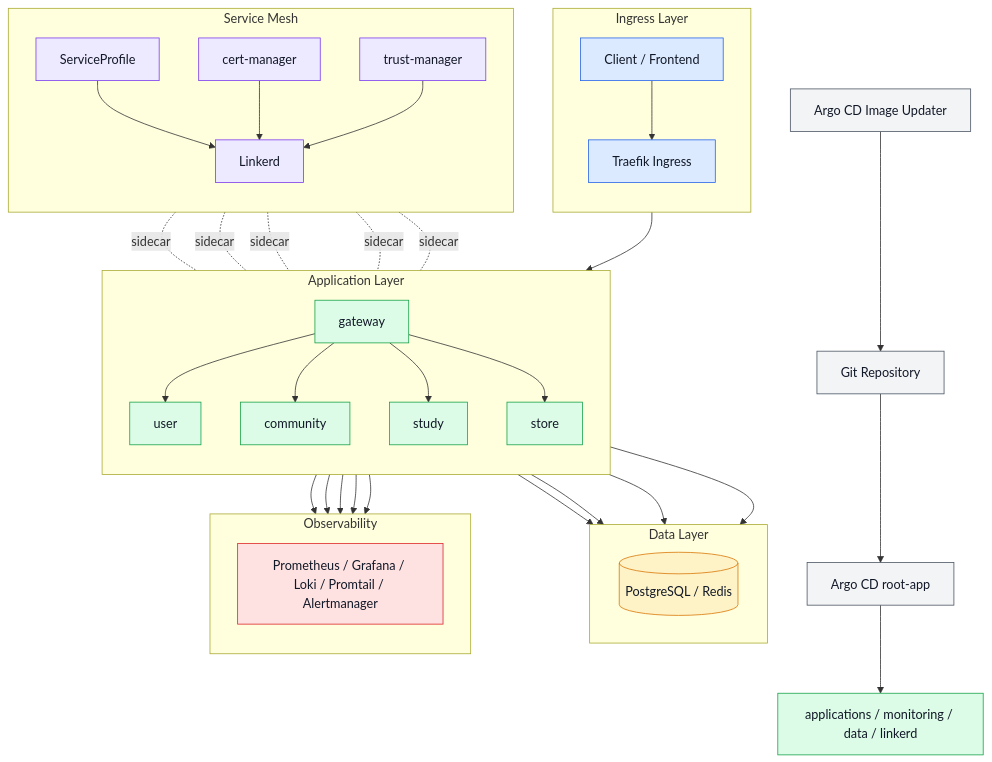
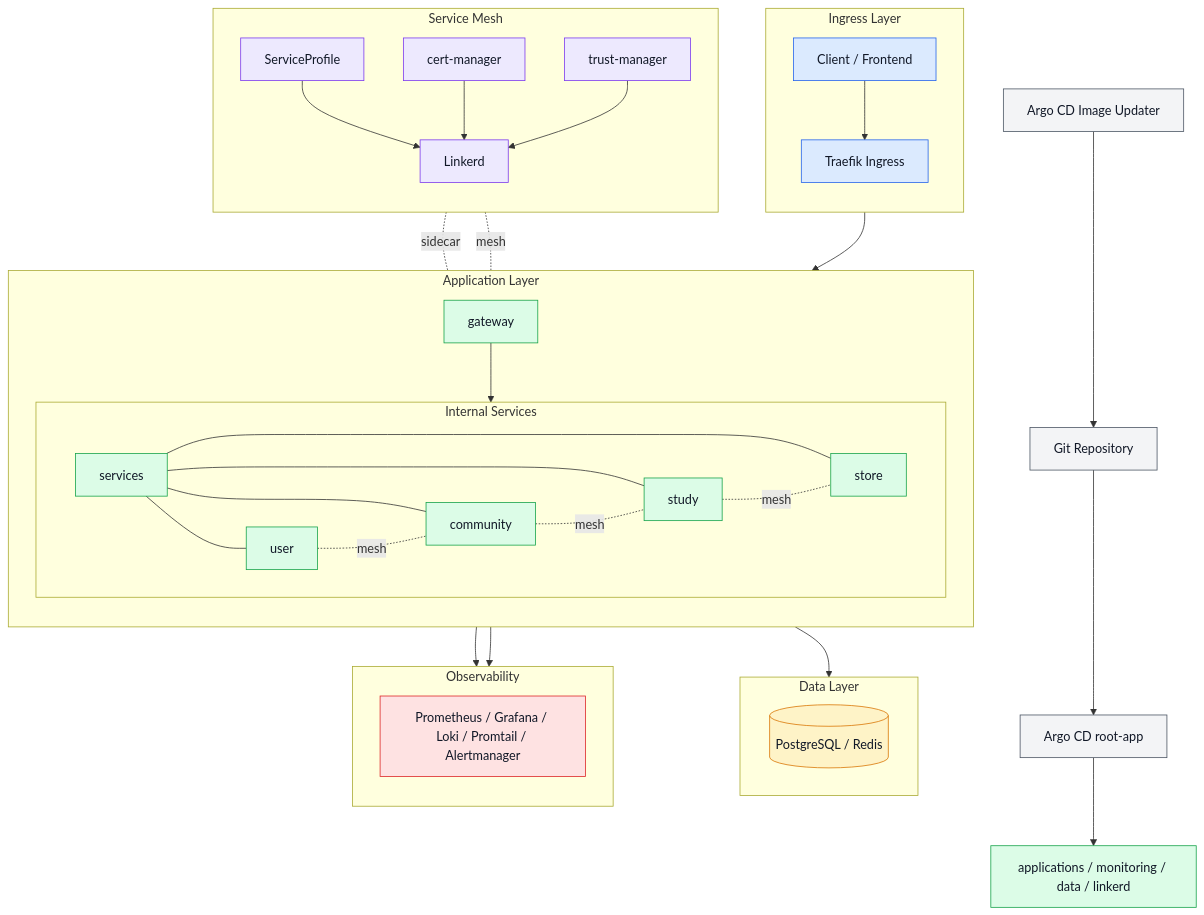
One commit to checkMateit/checkmate-kubernetes changed the diagram in README.md. Above: the diagram before and after it, drawn with Mermaid.

```diff
--- a/README.md
+++ b/README.md
@@ -39,16 +39,27 @@
     subgraph App["Application Layer"]
         direction TB
         Gateway[gateway]
-        User[user]
-        Community[community]
-        Study[study]
-        Store[store]
+
+        subgraph ServicesBox["Internal Services"]
+            direction LR
+            ServicesHub[services]
+            User[user]
+            Community[community]
+            Study[study]
+            Store[store]
+
+            ServicesHub --- User
+            ServicesHub --- Community
+            ServicesHub --- Study
+            ServicesHub --- Store
+
+            User -. mesh .- Community
+            Community -. mesh .- Study
+            Study -. mesh .- Store
+        end
 
         Traefik --> Gateway
-        Gateway --> User
-        Gateway --> Community
-        Gateway --> Study
-        Gateway --> Store
+        Gateway --> ServicesHub
     end
 
     subgraph Data["Data Layer"]
@@ -56,10 +67,7 @@
         DataStore[(PostgreSQL / Redis)]
     end
 
-    User --> DataStore
-    Community --> DataStore
-    Study --> DataStore
-    Store --> DataStore
+    ServicesHub --> DataStore
 
     subgraph Mesh["Service Mesh"]
         direction TB
@@ -70,10 +78,7 @@
     end
 
     Linkerd -. sidecar .- Gateway
-    Linkerd -. sidecar .- User
-    Linkerd -. sidecar .- Community
-    Linkerd -. sidecar .- Study
-    Linkerd -. sidecar .- Store
+    Linkerd -. mesh .- ServicesHub
     ServiceProfile --> Linkerd
     CertManager --> Linkerd
     TrustManager --> Linkerd
@@ -84,16 +89,13 @@
     end
 
     Gateway --> Monitoring
-    User --> Monitoring
-    Community --> Monitoring
-    Study --> Monitoring
-    Store --> Monitoring
+    ServicesHub --> Monitoring
 
     ArgoCD --> Platform[applications / monitoring / data / linkerd]
 
     class Repo,ImageUpdater,ArgoCD gitops;
     class Client,Traefik ingress;
-    class Gateway,User,Community,Study,Store,Platform app;
+    class Gateway,ServicesHub,User,Community,Study,Store,Platform app;
     class DataStore data;
     class Linkerd,ServiceProfile,CertManager,TrustManager mesh;
     class Monitoring obs;
```
